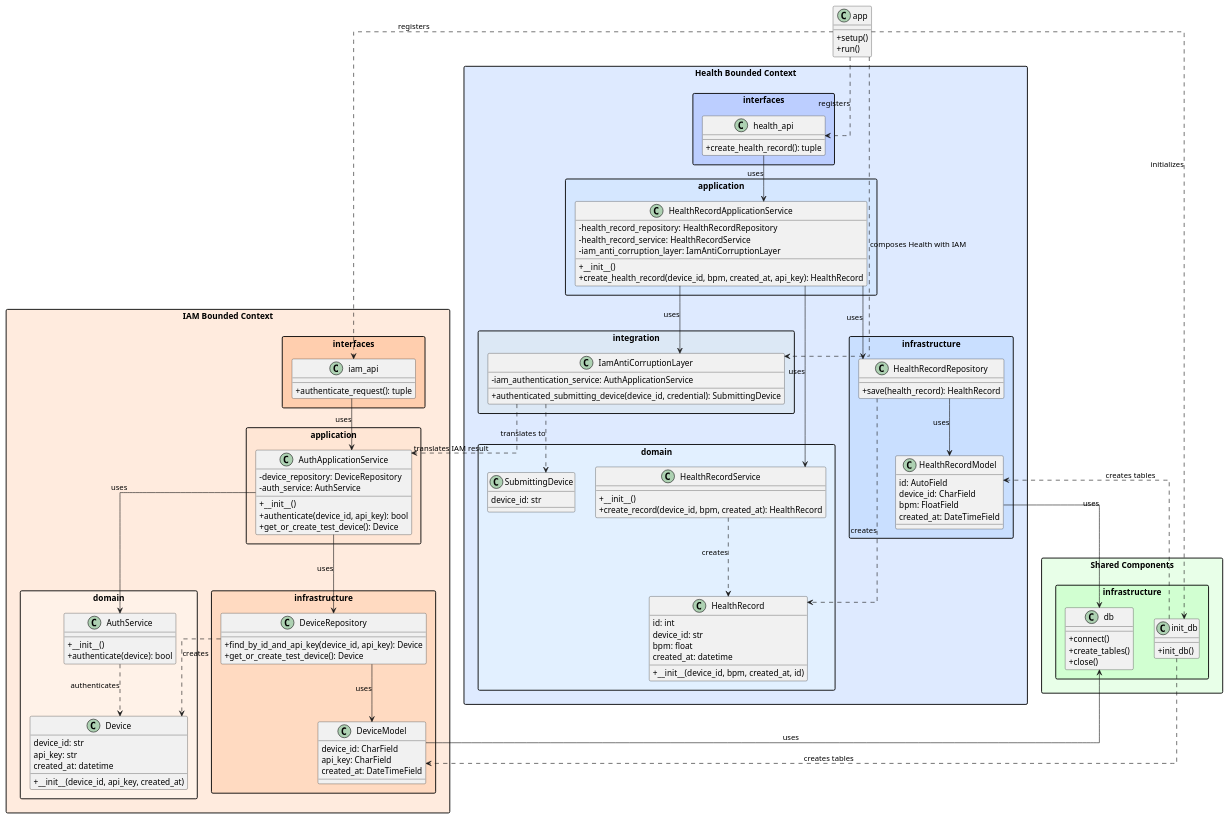
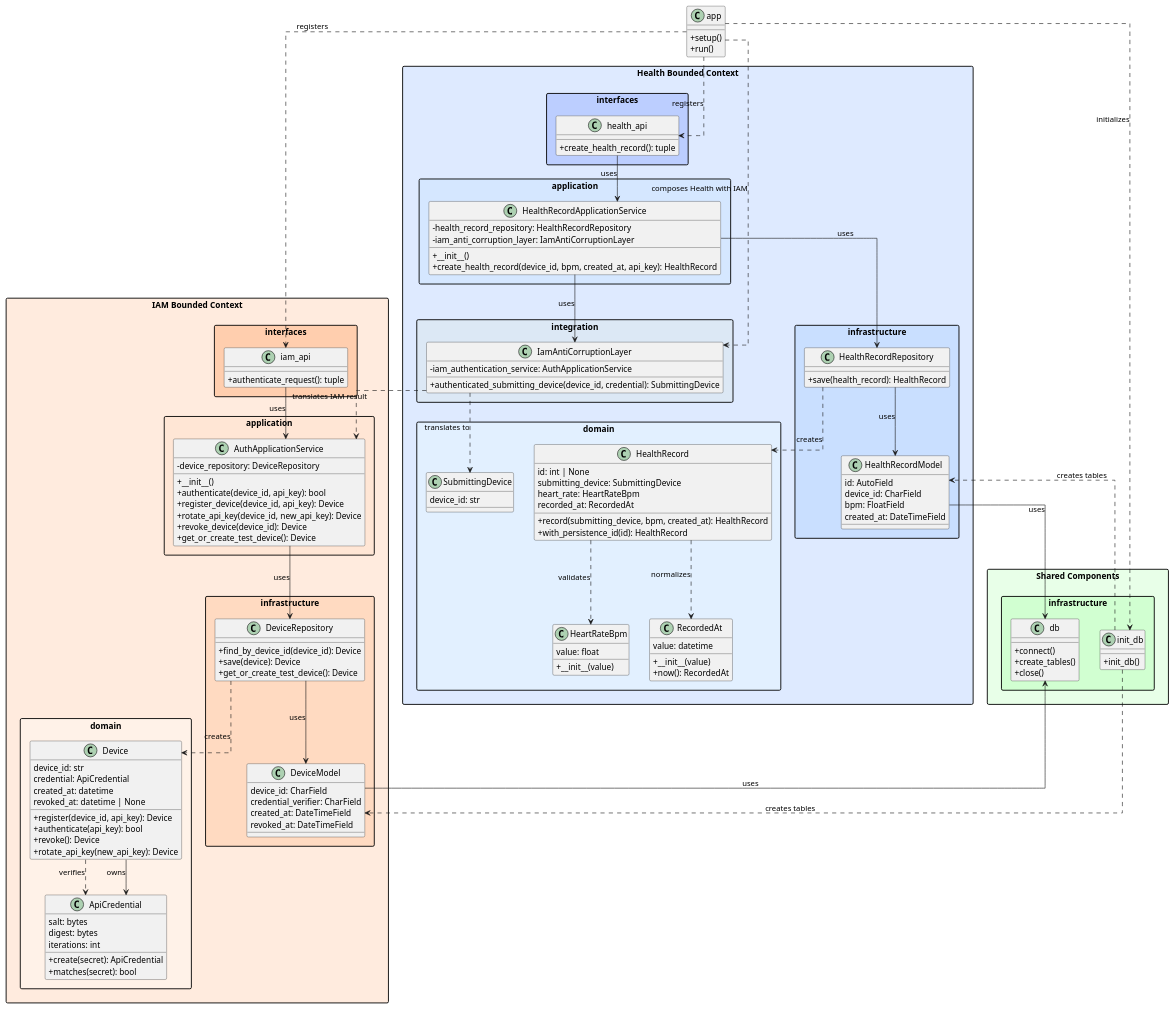
The diagram in docs/class-diagram.puml (upc-pre-202620-1asi0572-8733/smart-band-edge-service), drawn with PlantUML before and after one commit. The commit also changed 15 other files, not shown here.

```diff
--- a/docs/class-diagram.puml
+++ b/docs/class-diagram.puml
@@ -1,175 +1,192 @@
 @startuml Smart Band Edge Service - Class Diagram
 
 skinparam classAttributeIconSize 0
 skinparam packageStyle rectangle
 skinparam linetype ortho
 skinparam handwritten false
 skinparam monochrome false
 skinparam shadowing false
 
 ' Define packages for bounded contexts
 package "Health Bounded Context" #DEEAFF {
   ' Domain Layer
   package "domain" #E2F0FF {
     class HealthRecord {
-      id: int
-      device_id: str
-      bpm: float
-      created_at: datetime
-      +__init__(device_id, bpm, created_at, id)
+      id: int | None
+      submitting_device: SubmittingDevice
+      heart_rate: HeartRateBpm
+      recorded_at: RecordedAt
+      +record(submitting_device, bpm, created_at): HealthRecord
+      +with_persistence_id(id): HealthRecord
     }
 
     class SubmittingDevice {
       device_id: str
     }
 
-    class HealthRecordService {
-      +__init__()
-      +create_record(device_id, bpm, created_at): HealthRecord
+    class HeartRateBpm {
+      value: float
+      +__init__(value)
+    }
+
+    class RecordedAt {
+      value: datetime
+      +__init__(value)
+      +now(): RecordedAt
     }
   }
 
   ' Application Layer
   package "application" #D5E7FF {
     class HealthRecordApplicationService {
       -health_record_repository: HealthRecordRepository
-      -health_record_service: HealthRecordService
       -iam_anti_corruption_layer: IamAntiCorruptionLayer
       +__init__()
       +create_health_record(device_id, bpm, created_at, api_key): HealthRecord
     }
   }
 
   ' Context integration
   package "integration" #DCE8F5 {
     class IamAntiCorruptionLayer {
       -iam_authentication_service: AuthApplicationService
       +authenticated_submitting_device(device_id, credential): SubmittingDevice
     }
   }
 
   ' Infrastructure Layer
   package "infrastructure" #C9DFFF {
     class HealthRecordModel {
       id: AutoField
       device_id: CharField
       bpm: FloatField
       created_at: DateTimeField
     }
 
     class HealthRecordRepository {
       +save(health_record): HealthRecord
     }
   }
 
   ' Interface Layer
   package "interfaces" #BCCEFF {
     class health_api {
       +create_health_record(): tuple
     }
   }
 }
 
 package "IAM Bounded Context" #FFEBDE {
   ' Domain Layer
   package "domain" #FFF2E8 {
     class Device {
       device_id: str
-      api_key: str
+      credential: ApiCredential
       created_at: datetime
-      +__init__(device_id, api_key, created_at)
+      revoked_at: datetime | None
+      +register(device_id, api_key): Device
+      +authenticate(api_key): bool
+      +revoke(): Device
+      +rotate_api_key(new_api_key): Device
     }
 
-    class AuthService {
-      +__init__()
-      +authenticate(device): bool
+    class ApiCredential {
+      salt: bytes
+      digest: bytes
+      iterations: int
+      +create(secret): ApiCredential
+      +matches(secret): bool
     }
   }
 
   ' Application Layer
   package "application" #FFE6D5 {
     class AuthApplicationService {
       -device_repository: DeviceRepository
-      -auth_service: AuthService
       +__init__()
       +authenticate(device_id, api_key): bool
+      +register_device(device_id, api_key): Device
+      +rotate_api_key(device_id, new_api_key): Device
+      +revoke_device(device_id): Device
       +get_or_create_test_device(): Device
     }
   }
 
   ' Infrastructure Layer
   package "infrastructure" #FFDAC1 {
     class DeviceModel {
       device_id: CharField
-      api_key: CharField
+      credential_verifier: CharField
       created_at: DateTimeField
+      revoked_at: DateTimeField
     }
 
     class DeviceRepository {
-      +find_by_id_and_api_key(device_id, api_key): Device
+      +find_by_device_id(device_id): Device
+      +save(device): Device
       +get_or_create_test_device(): Device
     }
   }
 
   ' Interface Layer
   package "interfaces" #FFCEAE {
     class iam_api {
       +authenticate_request(): tuple
     }
   }
 }
 
 package "Shared Components" #E8FFE8 {
   package "infrastructure" #D1FFD1 {
     class db {
       +connect()
       +create_tables()
       +close()
     }
 
     class init_db {
       +init_db()
     }
   }
 }
 
 ' Main application
 class app {
   +setup()
   +run()
 }
 
 ' Relationships
 
 ' Health bounded context relationships
 HealthRecordApplicationService --> HealthRecordRepository: uses
-HealthRecordApplicationService --> HealthRecordService: uses
 HealthRecordApplicationService --> IamAntiCorruptionLayer: uses
 HealthRecordRepository --> HealthRecordModel: uses
 HealthRecordRepository ..> HealthRecord: creates
-HealthRecordService ..> HealthRecord: creates
+HealthRecord ..> HeartRateBpm: validates
+HealthRecord ..> RecordedAt: normalizes
 health_api --> HealthRecordApplicationService: uses
 IamAntiCorruptionLayer ..> SubmittingDevice: translates to
 
 ' IAM bounded context relationships
 AuthApplicationService --> DeviceRepository: uses
-AuthApplicationService --> AuthService: uses
 DeviceRepository --> DeviceModel: uses
 DeviceRepository ..> Device: creates
-AuthService ..> Device: authenticates
+Device ..> ApiCredential: verifies
+Device --> ApiCredential: owns
 iam_api --> AuthApplicationService: uses
 
 ' Cross-context relationships
 IamAntiCorruptionLayer ..> AuthApplicationService: translates IAM result
 app ..> IamAntiCorruptionLayer: composes Health with IAM
 
 ' Database relationships
 HealthRecordModel --> db: uses
 DeviceModel --> db: uses
 init_db ..> HealthRecordModel: creates tables
 init_db ..> DeviceModel: creates tables
 app ..> init_db: initializes
 app ..> health_api: registers
 app ..> iam_api: registers
 
 @enduml
```
